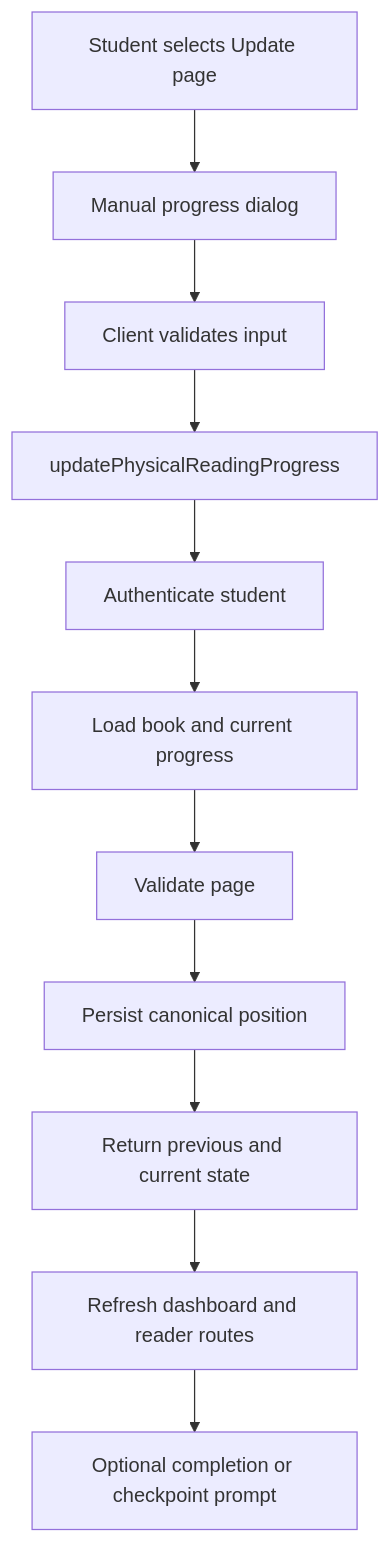
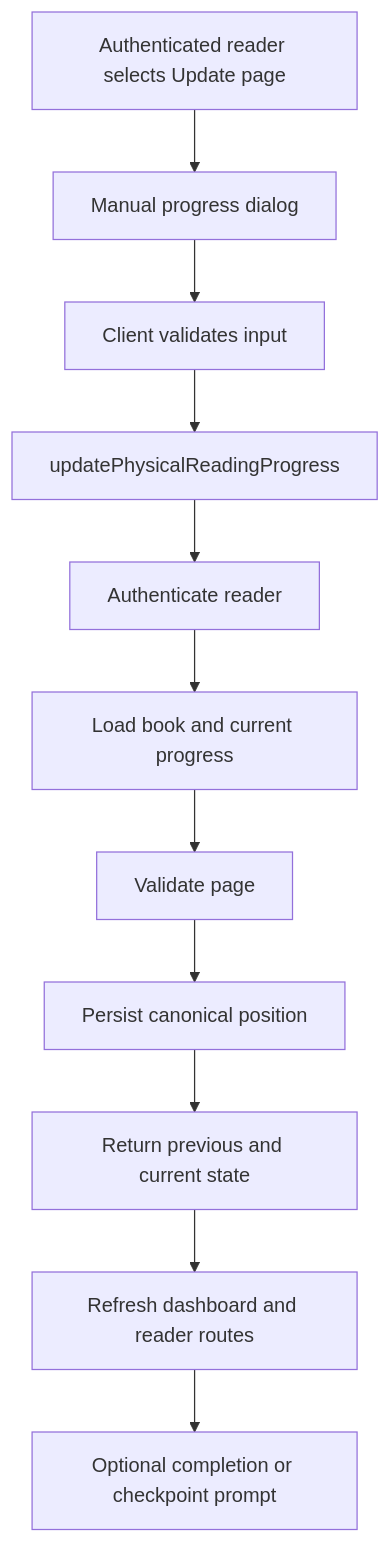
One commit to MWS-MAD-Labs/reading-buddy changed the diagram in docs/features/OFFLINE_READING_PROGRESS_SYNC.md. Above: the diagram before and after it, drawn with Mermaid. The commit also changed other lines of this file and 3 other files, not shown here.

````diff
--- a/docs/features/OFFLINE_READING_PROGRESS_SYNC.md
+++ b/docs/features/OFFLINE_READING_PROGRESS_SYNC.md
@@ -164,13 +167,13 @@
 ```mermaid
 flowchart TD
-    A[Student selects Update page] --> B[Manual progress dialog]
+    A[Authenticated reader selects Update page] --> B[Manual progress dialog]
     B --> C[Client validates input]
     C --> D[updatePhysicalReadingProgress]
-    D --> E[Authenticate student]
+    D --> E[Authenticate reader]
     E --> F[Load book and current progress]
     F --> G[Validate page]
     G --> H[Persist canonical position]
     H --> I[Return previous and current state]
     I --> J[Refresh dashboard and reader routes]
     J --> K[Optional completion or checkpoint prompt]
 ```
````
